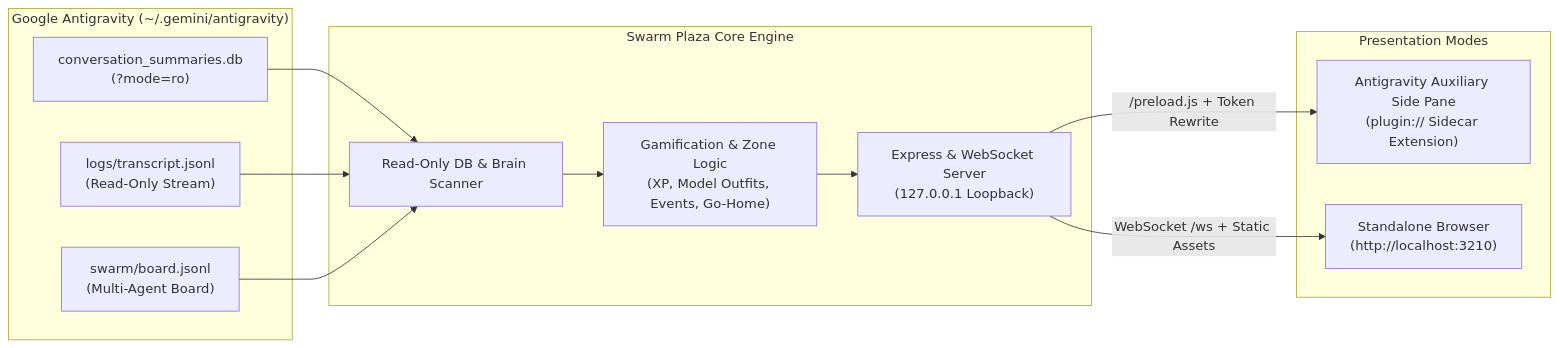
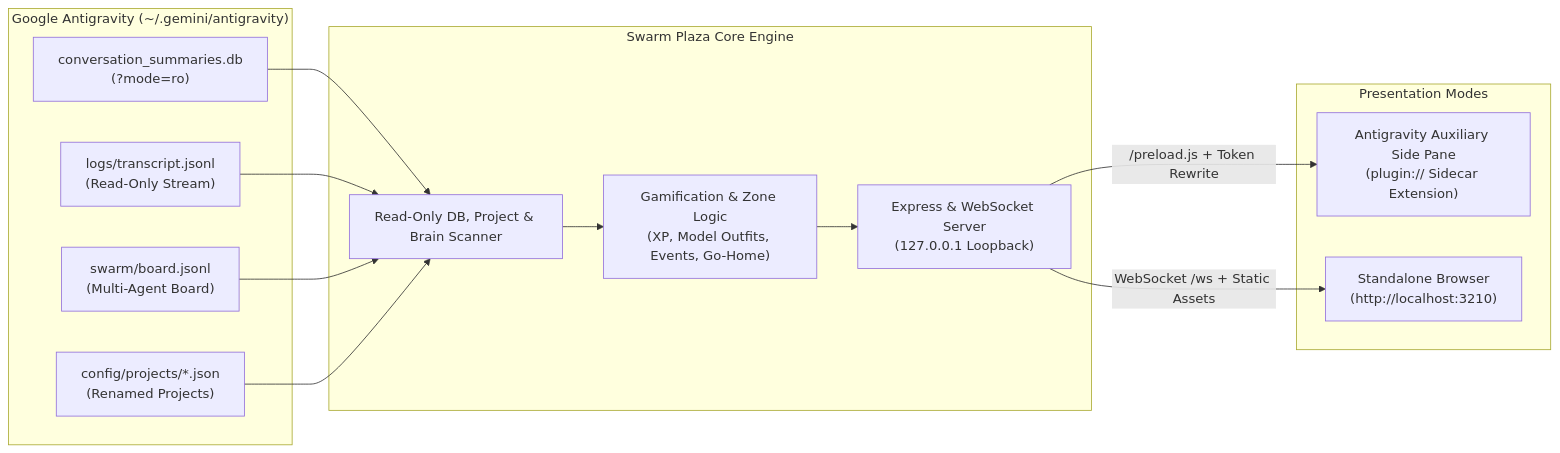
Before and after one commit to akinba/antigravity-swarm-plaza: the diagram in README.md, drawn with Mermaid. The commit also changed other lines of this file and 6 other files, not shown here.

````diff
--- a/README.md
+++ b/README.md
@@ -28,27 +28,29 @@
 ```mermaid
 flowchart LR
   subgraph AGY["Google Antigravity (~/.gemini/antigravity)"]
     DB["conversation_summaries.db\n(?mode=ro)"]
     LOGS["logs/transcript.jsonl\n(Read-Only Stream)"]
     SWARM["swarm/board.jsonl\n(Multi-Agent Board)"]
+    PROJECTS["config/projects/*.json\n(Renamed Projects)"]
   end
 
   subgraph CORE["Swarm Plaza Core Engine"]
-    SCANNER["Read-Only DB & Brain Scanner"]
+    SCANNER["Read-Only DB, Project & Brain Scanner"]
     GAME["Gamification & Zone Logic\n(XP, Model Outfits, Events, Go-Home)"]
     API["Express & WebSocket Server\n(127.0.0.1 Loopback)"]
   end
 
   subgraph CLIENT["Presentation Modes"]
     SIDECAR["Antigravity Auxiliary Side Pane\n(plugin:// Sidecar Extension)"]
     WEB["Standalone Browser\n(http://localhost:3210)"]
   end
 
   DB --> SCANNER
   LOGS --> SCANNER
   SWARM --> SCANNER
+  PROJECTS --> SCANNER
   SCANNER --> GAME
   GAME --> API
   API -->|"/preload.js + Token Rewrite"| SIDECAR
   API -->|"WebSocket /ws + Static Assets"| WEB
 ```
````
